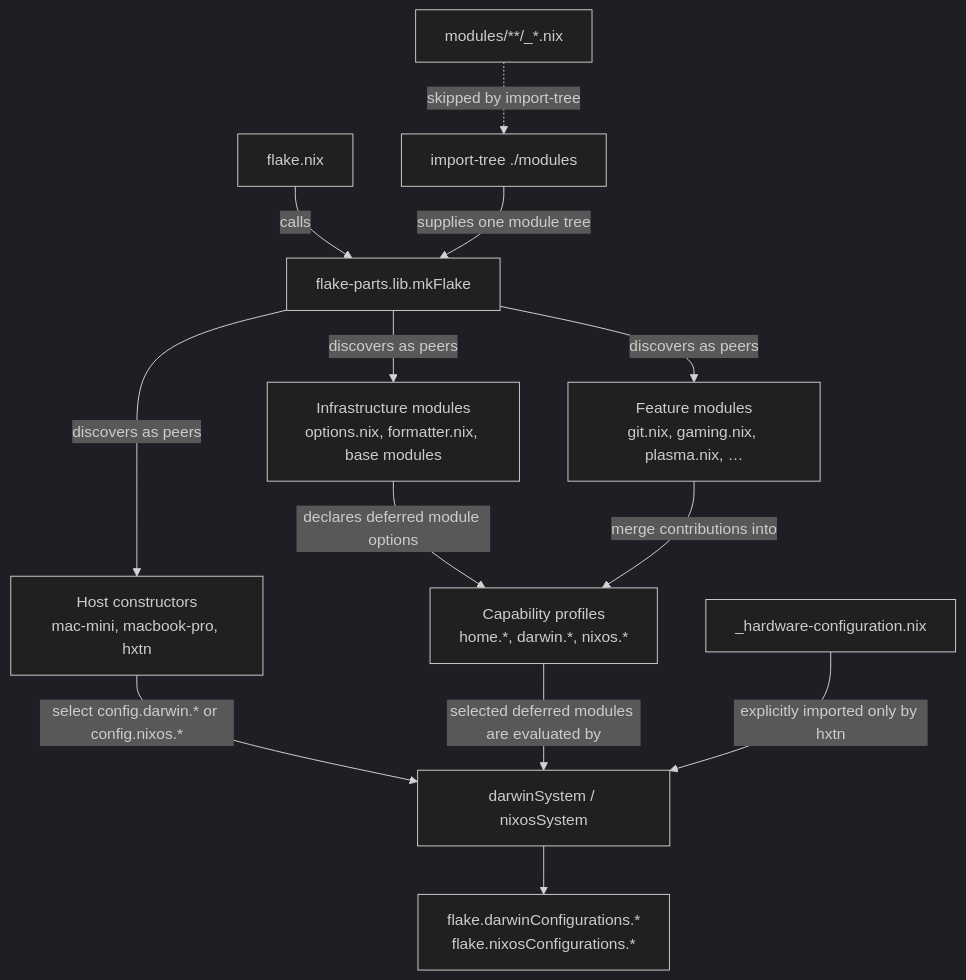
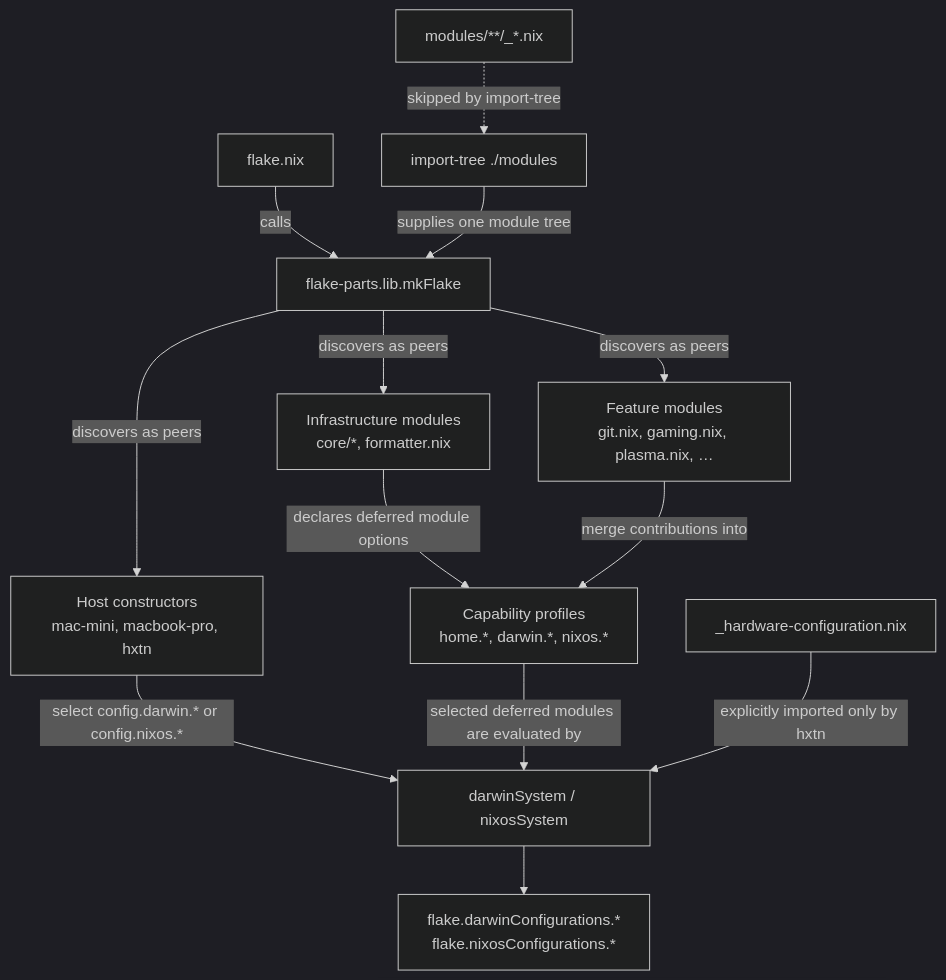
The first of 2 diagrams in docs/module-loading.md (thomashexton/nixfiles), drawn with Mermaid (dark theme) before and after one commit. The commit also changed other lines of this file and 10 other files, not shown here.

````diff
--- a/docs/module-loading.md
+++ b/docs/module-loading.md
@@ -22,18 +26,18 @@
 ```mermaid
 flowchart TD
     Flake["flake.nix"] -->|"calls"| MkFlake["flake-parts.lib.mkFlake"]
     ImportTree["import-tree ./modules"] -->|"supplies one module tree"| MkFlake
 
-    MkFlake -->|"discovers as peers"| Infrastructure["Infrastructure modules<br/>options.nix, formatter.nix, base modules"]
+    MkFlake -->|"discovers as peers"| Infrastructure["Infrastructure modules<br/>core/*, formatter.nix"]
     MkFlake -->|"discovers as peers"| Features["Feature modules<br/>git.nix, gaming.nix, plasma.nix, …"]
     MkFlake -->|"discovers as peers"| Hosts["Host constructors<br/>mac-mini, macbook-pro, hxtn"]
 
     Infrastructure -->|"declares deferred module options"| Profiles["Capability profiles<br/>home.*, darwin.*, nixos.*"]
     Features -->|"merge contributions into"| Profiles
     Hosts -->|"select config.darwin.* or config.nixos.*"| SystemBuild["darwinSystem / nixosSystem"]
     Profiles -->|"selected deferred modules are evaluated by"| SystemBuild
     SystemBuild --> Output["flake.darwinConfigurations.*<br/>flake.nixosConfigurations.*"]
 
     Skipped["modules/**/_*.nix"] -.->|"skipped by import-tree"| ImportTree
     Hardware["_hardware-configuration.nix"] -->|"explicitly imported only by hxtn"| SystemBuild
 ```
````
